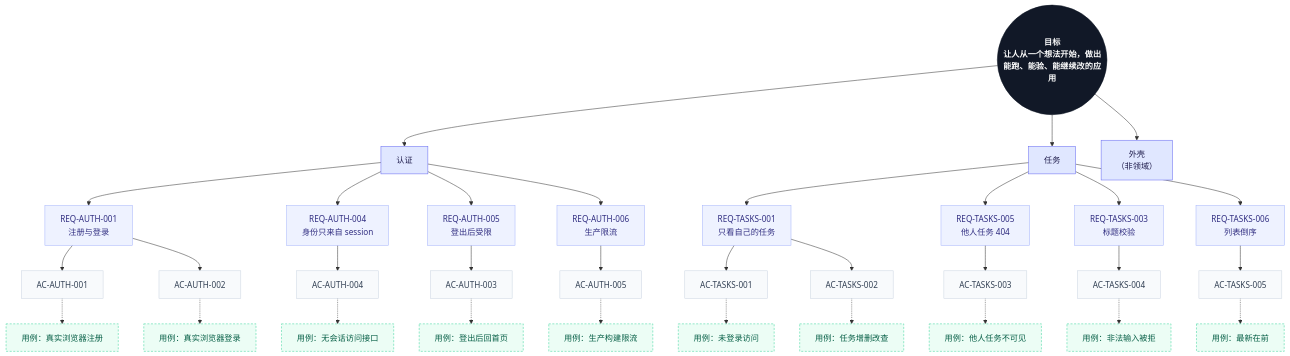
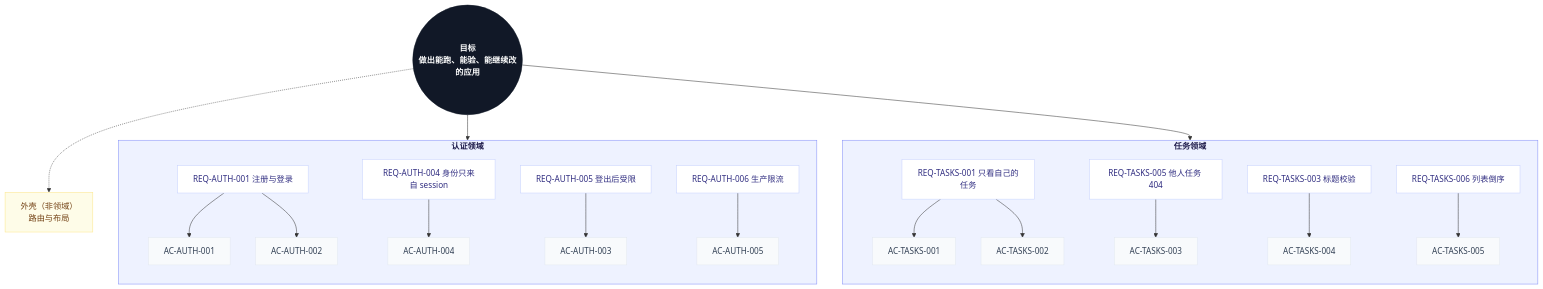
The diagram in docs/GOAL.md (morewhyhan/Ignite), drawn with Mermaid before and after one commit. The commit also changed other lines of this file and 2 other files, not shown here.

Commit message:
docs: balance the pyramid layout and simplify the test case lines

````diff
--- a/docs/GOAL.md
+++ b/docs/GOAL.md
@@ -60,46 +60,35 @@
 ```mermaid
 flowchart TD
-  classDef goal fill:#111827,stroke:#111827,color:#ffffff,font-weight:bold
-  classDef domain fill:#e0e7ff,stroke:#6366f1,color:#1e1b4b
-  classDef req fill:#eef2ff,stroke:#a5b4fc,color:#312e81
-  classDef ac fill:#f8fafc,stroke:#cbd5e1,color:#334155
-  classDef test fill:#ecfdf5,stroke:#34d399,color:#065f46,stroke-dasharray: 4 3
+  classDef goal fill:#111827,stroke:#111827,color:#fff,font-weight:bold
+  classDef domain fill:#eef2ff,stroke:#818cf8,color:#1e1b4b,font-weight:bold
+  classDef req fill:#ffffff,stroke:#c7d2fe,color:#312e81
+  classDef ac fill:#f8fafc,stroke:#e2e8f0,color:#334155
+  classDef note fill:#fefce8,stroke:#fde68a,color:#713f12
 
-  G(("目标<br/>让人从一个想法开始，做出能跑、能验、能继续改的应用"))
-  G --> D1["认证"]
-  G --> D2["任务"]
-  G --> D3["外壳<br/>（非领域）"]
-  D1 --> R1["REQ-AUTH-001<br/>注册与登录"]
-  D1 --> R4["REQ-AUTH-004<br/>身份只来自 session"]
-  D1 --> R5["REQ-AUTH-005<br/>登出后受限"]
-  D1 --> R6["REQ-AUTH-006<br/>生产限流"]
-  D2 --> T1["REQ-TASKS-001<br/>只看自己的任务"]
-  D2 --> T5["REQ-TASKS-005<br/>他人任务 404"]
-  D2 --> T3["REQ-TASKS-003<br/>标题校验"]
-  D2 --> T6["REQ-TASKS-006<br/>列表倒序"]
-  R1 --> A1["AC-AUTH-001"]
-  R1 --> A2["AC-AUTH-002"]
-  R4 --> A4["AC-AUTH-004"]
-  R5 --> A3["AC-AUTH-003"]
-  R6 --> A5["AC-AUTH-005"]
-  T1 --> AT1["AC-TASKS-001"]
-  T1 --> AT2["AC-TASKS-002"]
-  T5 --> AT3["AC-TASKS-003"]
-  T3 --> AT4["AC-TASKS-004"]
-  T6 --> AT5["AC-TASKS-005"]
-  A1 -.-> U1["用例：真实浏览器注册"]
-  A2 -.-> U2["用例：真实浏览器登录"]
-  A3 -.-> U3["用例：登出后回首页"]
-  A4 -.-> U4["用例：无会话访问接口"]
-  A5 -.-> U5["用例：生产构建限流"]
-  AT1 -.-> V1["用例：未登录访问"]
-  AT2 -.-> V2["用例：任务增删改查"]
-  AT3 -.-> V3["用例：他人任务不可见"]
-  AT4 -.-> V4["用例：非法输入被拒"]
-  AT5 -.-> V5["用例：最新在前"]
+  G(("目标<br/>做出能跑、能验、能继续改的应用"))
+  subgraph A["认证领域"]
+    direction TB
+    R1["REQ-AUTH-001 注册与登录"] --> A1["AC-AUTH-001"]
+    R1 --> A2["AC-AUTH-002"]
+    R4["REQ-AUTH-004 身份只来自 session"] --> A4["AC-AUTH-004"]
+    R5["REQ-AUTH-005 登出后受限"] --> A3["AC-AUTH-003"]
+    R6["REQ-AUTH-006 生产限流"] --> A5["AC-AUTH-005"]
+  end
+  subgraph B["任务领域"]
+    direction TB
+    T1["REQ-TASKS-001 只看自己的任务"] --> AT1["AC-TASKS-001"]
+    T1 --> AT2["AC-TASKS-002"]
+    T5["REQ-TASKS-005 他人任务 404"] --> AT3["AC-TASKS-003"]
+    T3["REQ-TASKS-003 标题校验"] --> AT4["AC-TASKS-004"]
+    T6["REQ-TASKS-006 列表倒序"] --> AT5["AC-TASKS-005"]
+  end
+  S["外壳（非领域）<br/>路由与布局"]
+  G --> A
+  G --> B
+  G -.-> S
   class G goal
-  class D1,D2,D3 domain
+  class A,B domain
   class R1,R4,R5,R6,T1,T5,T3,T6 req
   class A1,A2,A3,A4,A5,AT1,AT2,AT3,AT4,AT5 ac
-  class U1,U2,U3,U4,U5,V1,V2,V3,V4,V5 test
+  class S note
 ```
````
